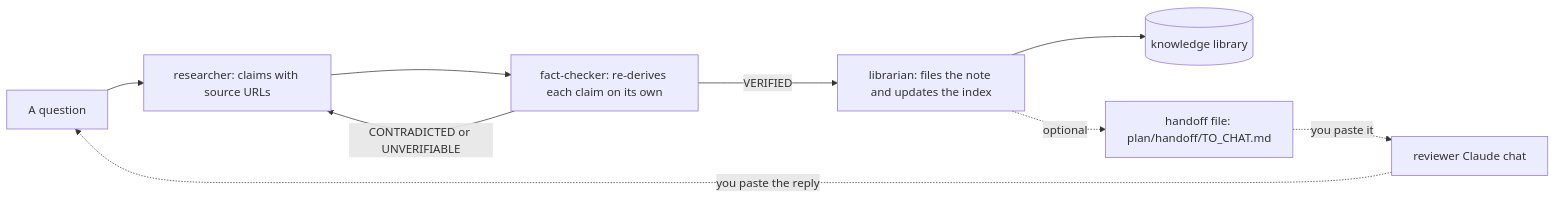
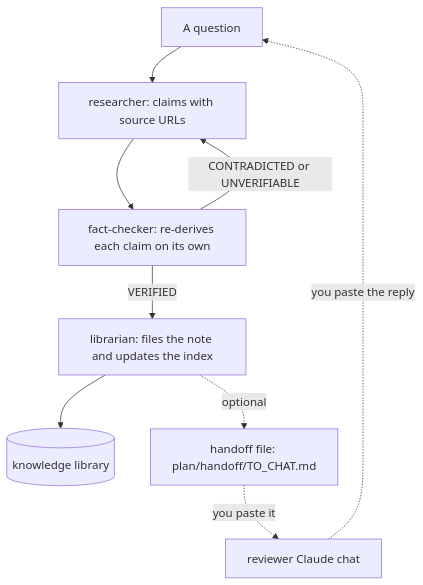
The second of 3 diagrams in README.md (mementomori-co/maker-mastery), drawn with Mermaid before and after one commit. The commit also changed other lines of this file and 58 other files, not shown here.

````diff
--- a/README.md
+++ b/README.md
@@ -192,11 +188,11 @@
 ```mermaid
-flowchart LR
+flowchart TD
     q["A question"] --> r["researcher: claims with source URLs"]
     r --> fc["fact-checker: re-derives each claim on its own"]
     fc -- "VERIFIED" --> lib["librarian: files the note and updates the index"]
     fc -- "CONTRADICTED or UNVERIFIABLE" --> r
     lib --> k[("knowledge library")]
     lib -. "optional" .-> h["handoff file: plan/handoff/TO_CHAT.md"]
     h -. "you paste it" .-> rev["reviewer Claude chat"]
     rev -. "you paste the reply" .-> q
 ```
````
